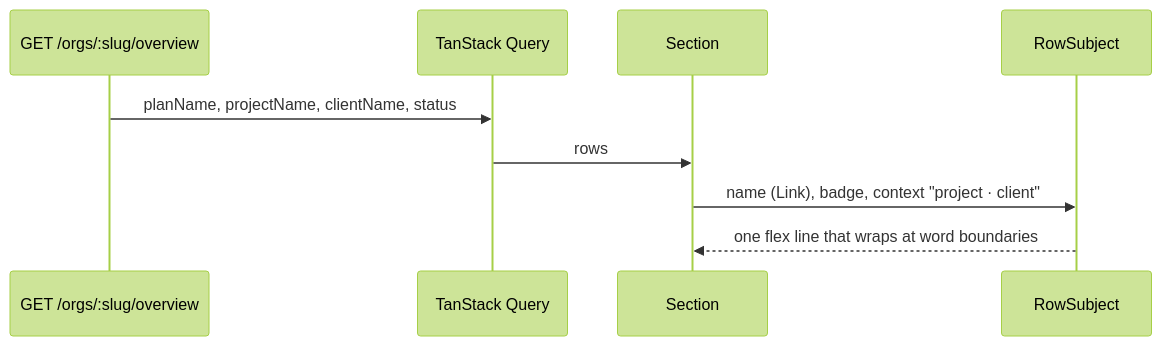
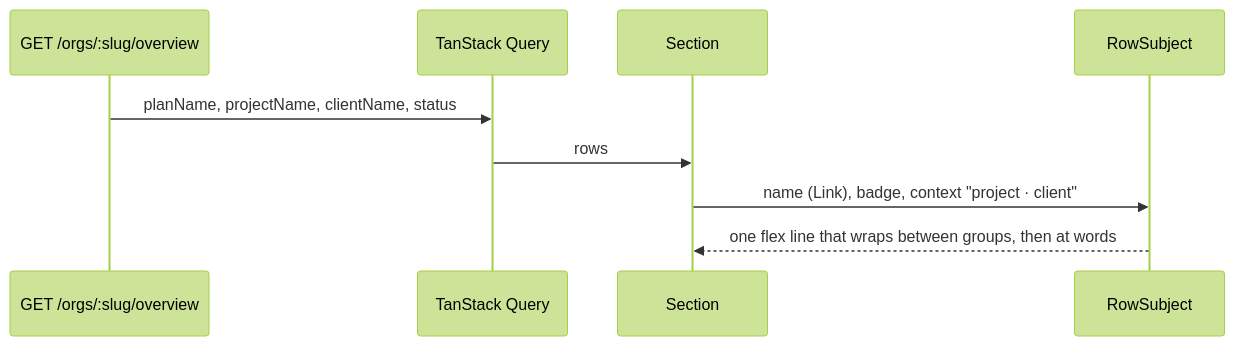
The second of 3 diagrams in docs/specs/row-subject-truncation/feature-spec.md (HuttonHomeHub/SchedulePoint_1), drawn with Mermaid (forest theme) before and after one commit. The commit also changed other lines of this file and 3 other files, not shown here.

````diff
--- a/docs/specs/row-subject-truncation/feature-spec.md
+++ b/docs/specs/row-subject-truncation/feature-spec.md
@@ -312,11 +375,11 @@
 ```mermaid
 sequenceDiagram
   participant API as GET /orgs/:slug/overview
   participant Q as TanStack Query
   participant S as Section
   participant R as RowSubject
   API->>Q: planName, projectName, clientName, status
   Q->>S: rows
   S->>R: name (Link), badge, context "project · client"
-  R-->>S: one flex line that wraps at word boundaries
+  R-->>S: one flex line that wraps between groups, then at words
 ```
````
